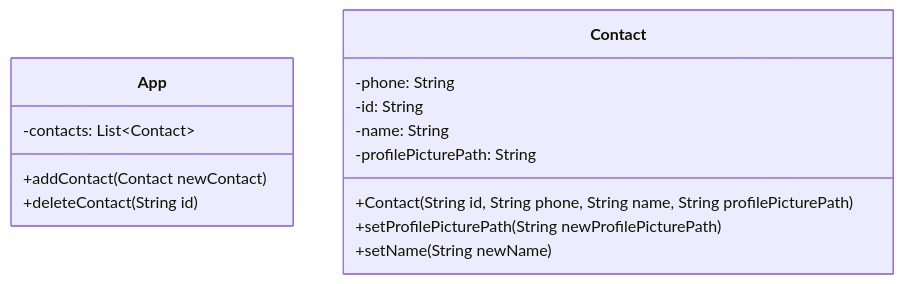
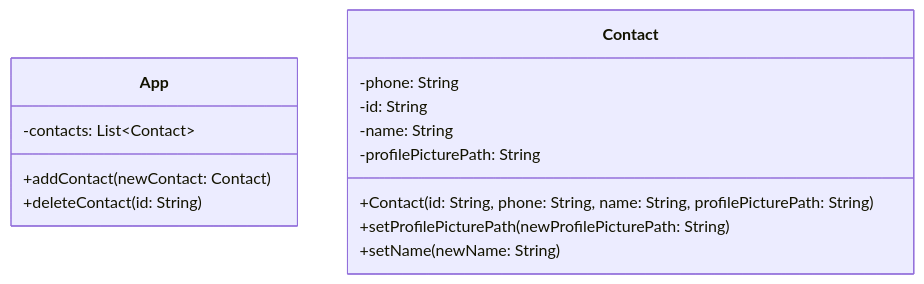
Before and after one commit to openpatch/hyperbook-informatik: the diagram in book/projekte/messenger/feature-kontakte/kontakte-verwalten.md, drawn with Mermaid. The commit also changed 19 other files, not shown here.

Commit message:
richtige implementationsdiagramme

````diff
--- a/book/projekte/messenger/feature-kontakte/kontakte-verwalten.md
+++ b/book/projekte/messenger/feature-kontakte/kontakte-verwalten.md
@@ -25,18 +25,18 @@
 ```mermaid
 classDiagram
 
     class App{
         -contacts: List~Contact~
-        +addContact(Contact newContact)
-        +deleteContact(String id)
+        +addContact(newContact: Contact)
+        +deleteContact(id: String)
     }
     class Contact{
       -phone: String
       -id: String
       -name: String
       -profilePicturePath: String
-      +Contact(String id, String phone, String name, String profilePicturePath)
-      +setProfilePicturePath(String newProfilePicturePath)
-      +setName(String newName)
+      +Contact(id: String, phone: String, name: String, profilePicturePath: String)
+      +setProfilePicturePath(newProfilePicturePath: String)
+      +setName(newName: String)
     }
 ```
````
